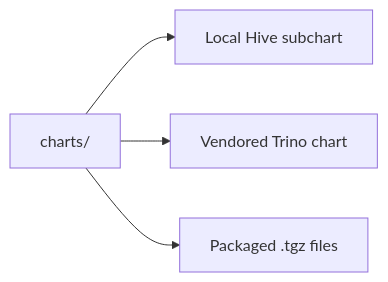
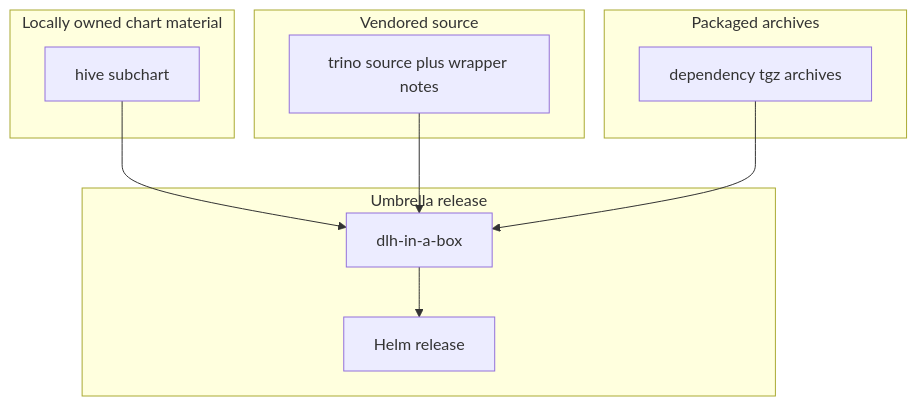
Before and after one commit to sanger-pathogens/dlh-in-a-box-umbrella-helm-chart: the diagram in charts/dlh-in-a-box/charts/README.md, drawn with Mermaid. The commit also changed other lines of this file and 34 other files, not shown here.

Commit message:
docs: expand repo guides and add umbrella chart manual

````diff
--- a/charts/dlh-in-a-box/charts/README.md
+++ b/charts/dlh-in-a-box/charts/README.md
@@ -9,6 +19,24 @@
 ```mermaid
-flowchart LR
-  Folder[charts/] --> Hive[Local Hive subchart]
-  Folder --> Trino[Vendored Trino chart]
-  Folder --> Archives[Packaged .tgz files]
+flowchart TD
+  subgraph Owned["Locally owned chart material"]
+    Hive[hive subchart]
+  end
+
+  subgraph Vendored["Vendored source"]
+    Trino[trino source plus wrapper notes]
+  end
+
+  subgraph Bundled["Packaged archives"]
+    Archives[dependency tgz archives]
+  end
+
+  subgraph Consumer["Umbrella release"]
+    Umbrella[dlh-in-a-box]
+    Release[Helm release]
+  end
+
+  Hive --> Umbrella
+  Trino --> Umbrella
+  Archives --> Umbrella
+  Umbrella --> Release
 ```
````
